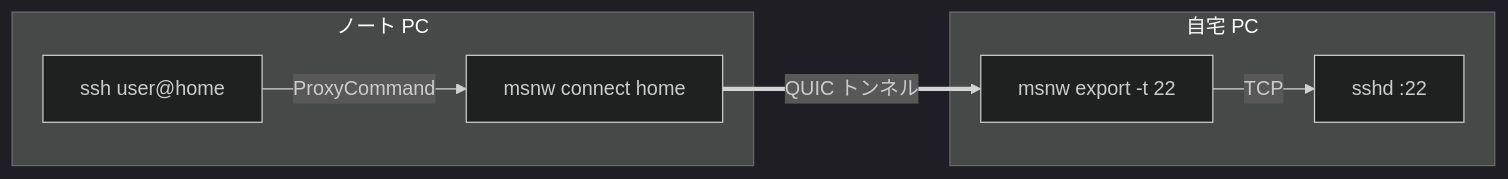
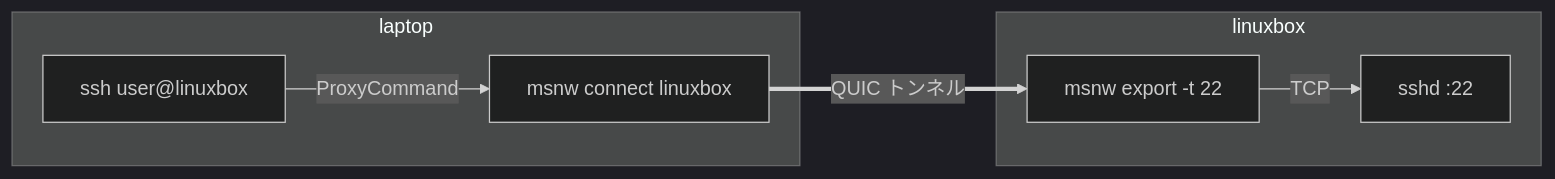
The second of 7 diagrams in README.ja.md (ikeji/mysmallnetwork), drawn with Mermaid (dark theme) before and after one commit. The commit also changed other lines of this file and 6 other files, not shown here.

````diff
--- a/README.ja.md
+++ b/README.ja.md
@@ -79,10 +81,10 @@
 ```mermaid
 flowchart LR
-    subgraph laptop["ノート PC"]
-        s["ssh user@home"] -->|ProxyCommand| mc["msnw connect home"]
+    subgraph laptop
+        s["ssh user@linuxbox"] -->|ProxyCommand| mc["msnw connect linuxbox"]
     end
-    subgraph home["自宅 PC"]
+    subgraph linuxbox
         ex["msnw export -t 22"] -->|TCP| sshd["sshd :22"]
     end
     mc ==>|QUIC トンネル| ex
 ```
````
